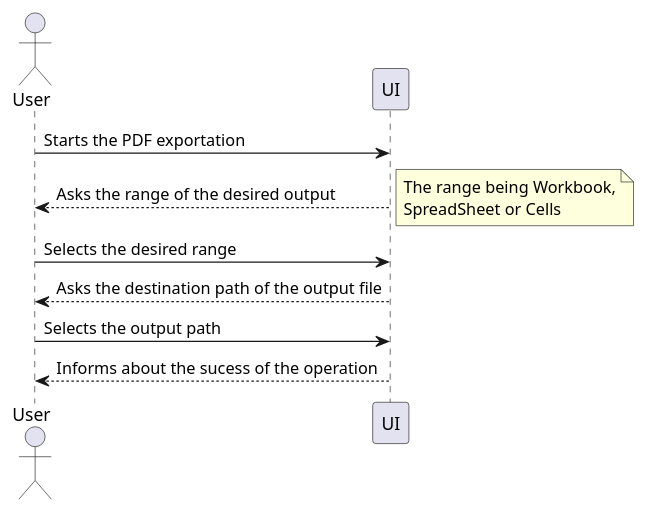
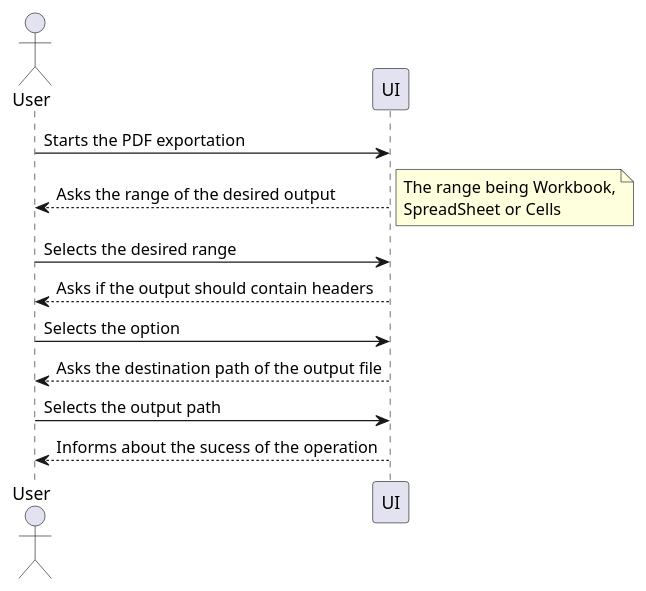
Before and after one commit to MikeTekOn/lapr4-2017-2dd: the diagram in src/main/java/lapr4/red/s1/core/n1150451/exportPDF/core08_01_analysis_ssd.puml, drawn with PlantUML. The commit also changed 3 other files, not shown here.

Commit message:
LAPR4E17DD-139 #time 32min #comment Updated the "Pattern" section with a diagram

```diff
--- a/src/main/java/lapr4/red/s1/core/n1150451/exportPDF/core08_01_analysis_ssd.puml
+++ b/src/main/java/lapr4/red/s1/core/n1150451/exportPDF/core08_01_analysis_ssd.puml
@@ -1,15 +1,18 @@
 @startuml
 actor User
 User -> UI: Starts the PDF exportation
 UI --> User: Asks the range of the desired output
 note right 
 The range being Workbook,
 SpreadSheet or Cells
 end note
 
 User -> UI: Selects the desired range
+User <-- UI: Asks if the output should contain headers
+
+User -> UI: Selects the option
 User <-- UI: Asks the destination path of the output file
 
 User -> UI: Selects the output path
 User <-- UI: Informs about the sucess of the operation
 @enduml
```
